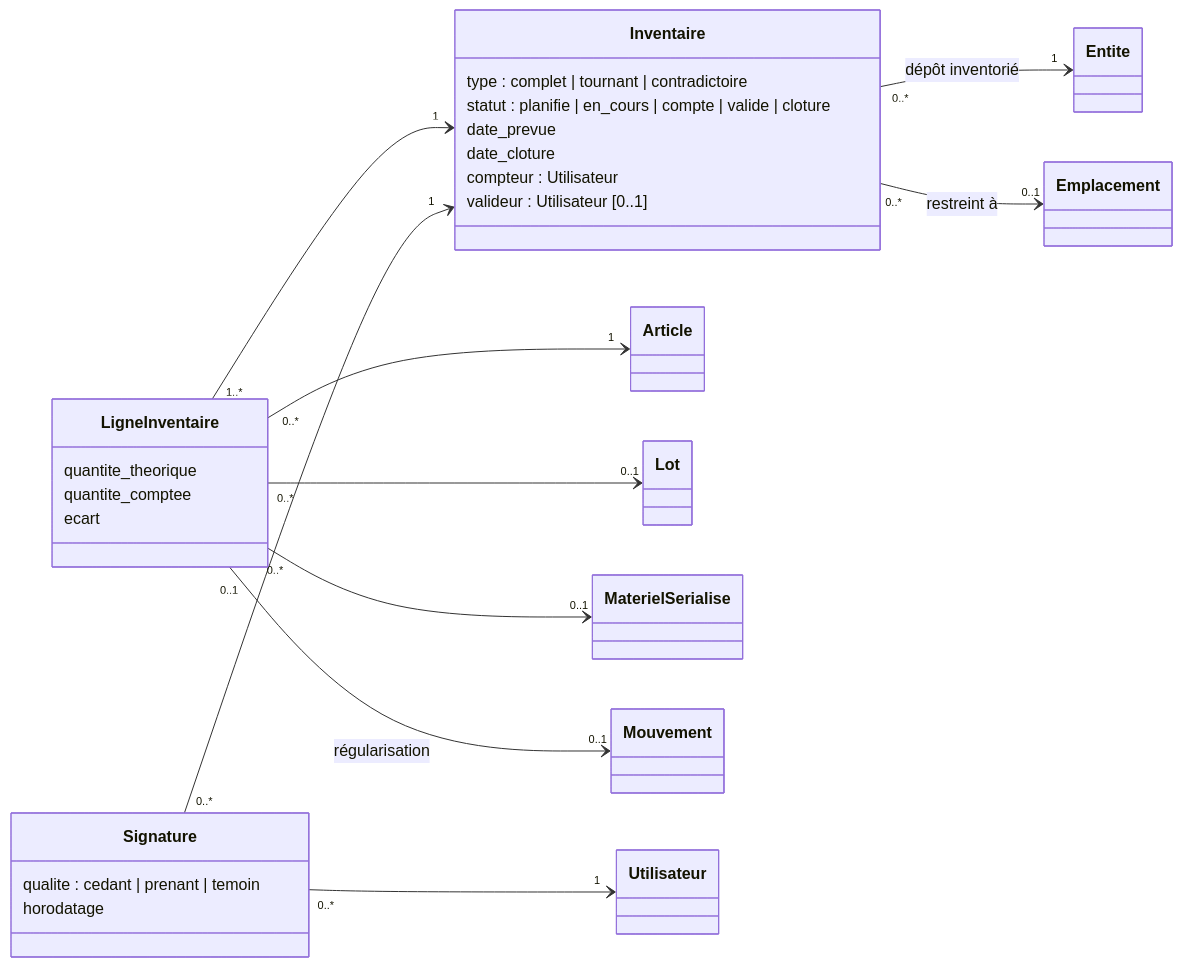
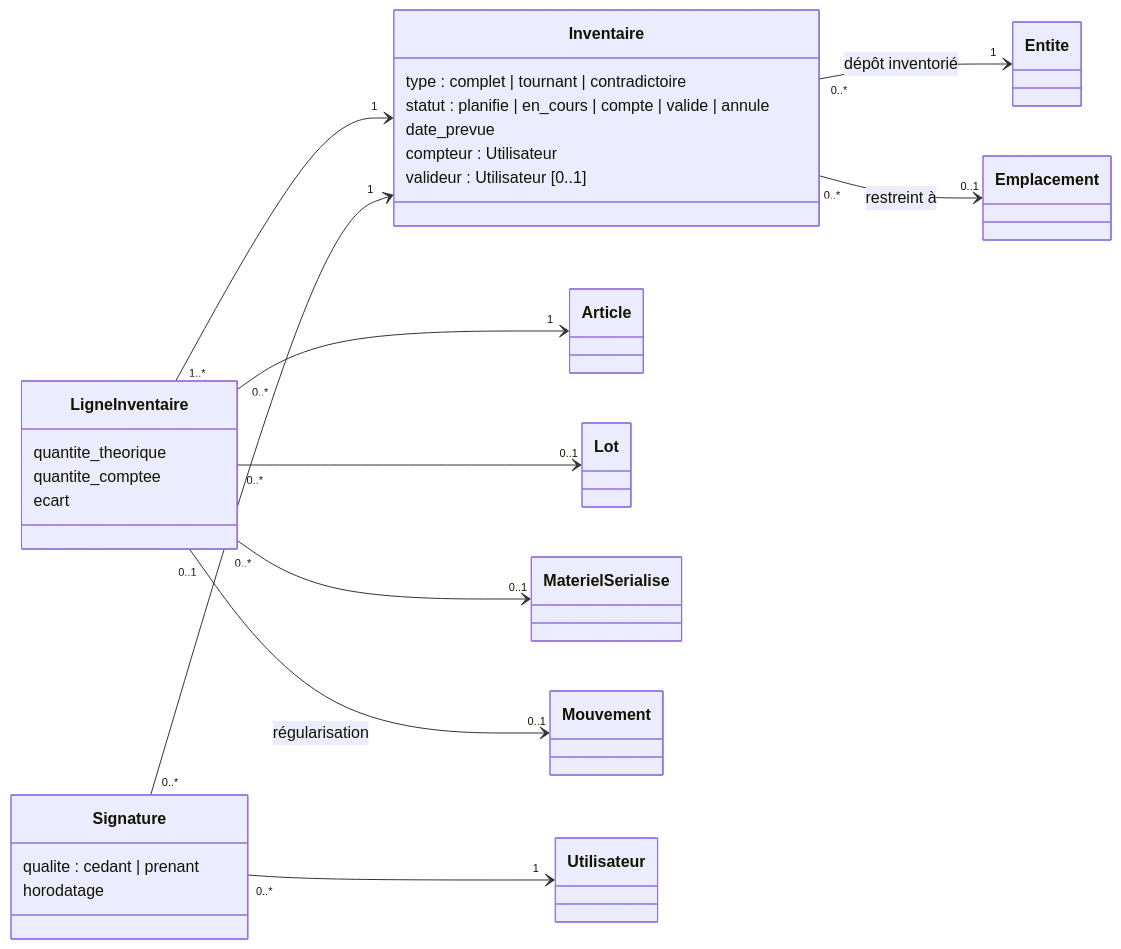
Before and after one commit to christyleblack/claude: the fifth of 5 diagrams in docs/lot1-modele-de-donnees.md, drawn with Mermaid. The commit also changed other lines of this file and 13 other files, not shown here.

````diff
--- a/docs/lot1-modele-de-donnees.md
+++ b/docs/lot1-modele-de-donnees.md
@@ -269,34 +269,33 @@
 ```mermaid
 classDiagram
     direction LR
 
     class Inventaire {
         type : complet | tournant | contradictoire
-        statut : planifie | en_cours | compte | valide | cloture
+        statut : planifie | en_cours | compte | valide | annule
         date_prevue
-        date_cloture
         compteur : Utilisateur
         valideur : Utilisateur [0..1]
     }
 
     class LigneInventaire {
         quantite_theorique
         quantite_comptee
         ecart
     }
 
     class Signature {
-        qualite : cedant | prenant | temoin
+        qualite : cedant | prenant
         horodatage
     }
 
     Inventaire "0..*" --> "1" Entite : dépôt inventorié
     Inventaire "0..*" --> "0..1" Emplacement : restreint à
     LigneInventaire "1..*" --> "1" Inventaire
     LigneInventaire "0..*" --> "1" Article
     LigneInventaire "0..*" --> "0..1" Lot
     LigneInventaire "0..*" --> "0..1" MaterielSerialise
     LigneInventaire "0..1" --> "0..1" Mouvement : régularisation
     Signature "0..*" --> "1" Inventaire
     Signature "0..*" --> "1" Utilisateur
 ```
````
